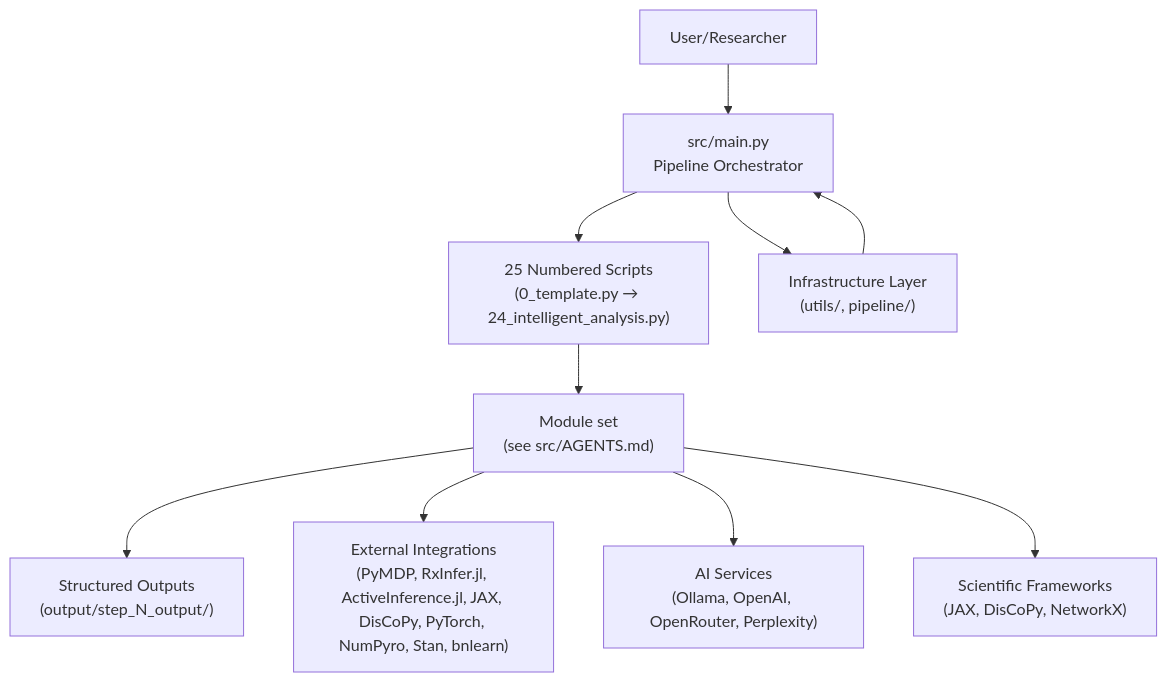
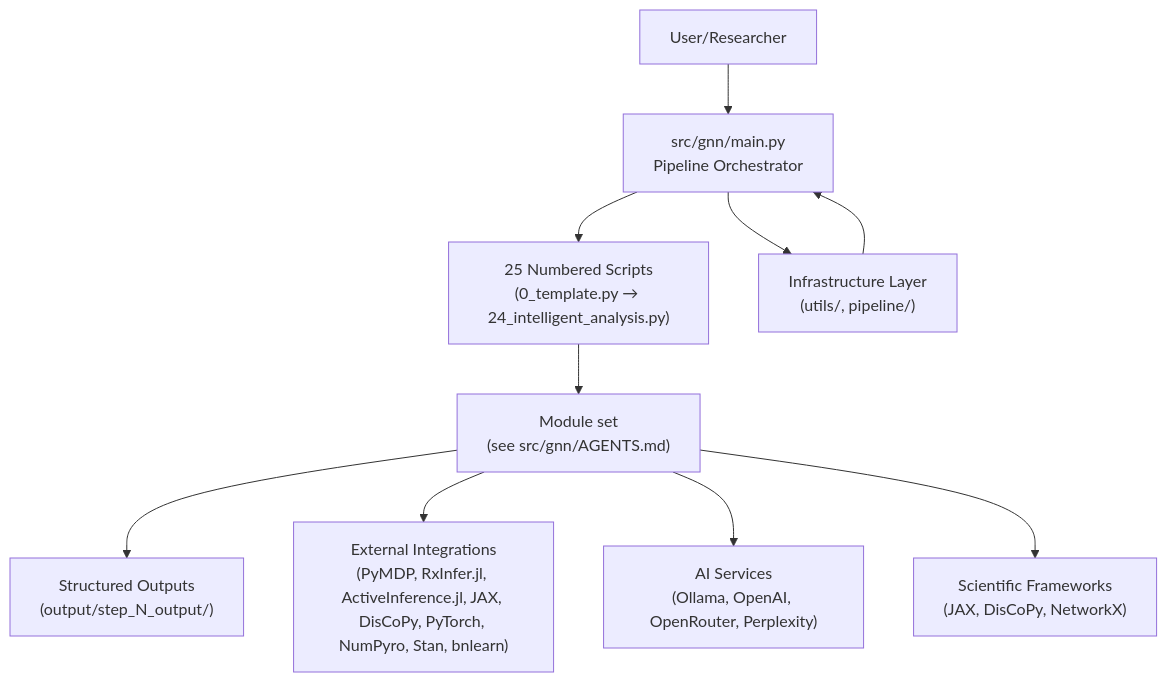
One commit to ActiveInferenceInstitute/GeneralizedNotationNotation changed the first of 7 diagrams in ARCHITECTURE.md. Above: the diagram before and after it, drawn with Mermaid. The commit also changed other lines of this file and 4976 other files, not shown here.

First line of the commit message:
refactor: rename src package to gnn (v0.5 bridge layout), unify API surface, close Lean seam

````diff
--- a/ARCHITECTURE.md
+++ b/ARCHITECTURE.md
@@ -40,16 +40,16 @@
 ```mermaid
 graph TB
-  A["User/Researcher"] --> B["src/main.py<br/>Pipeline Orchestrator"]
+  A["User/Researcher"] --> B["src/gnn/main.py<br/>Pipeline Orchestrator"]
   B --> C["25 Numbered Scripts<br/>(0_template.py → 24_intelligent_analysis.py)"]
-  C --> D["Module set<br/>(see src/AGENTS.md)"]
+  C --> D["Module set<br/>(see src/gnn/AGENTS.md)"]
   D --> E["Structured Outputs<br/>(output/step_N_output/)"]
 
   B --> F["Infrastructure Layer<br/>(utils/, pipeline/)"]
   F --> B
 
   D --> G["External Integrations<br/>(PyMDP, RxInfer.jl, ActiveInference.jl, JAX, DisCoPy, PyTorch, NumPyro, Stan, bnlearn)"]
   D --> H["AI Services<br/>(Ollama, OpenAI, OpenRouter, Perplexity)"]
   D --> I["Scientific Frameworks<br/>(JAX, DisCoPy, NetworkX)"]
 
   %% styling intentionally omitted (theme-controlled)
 ```
````
